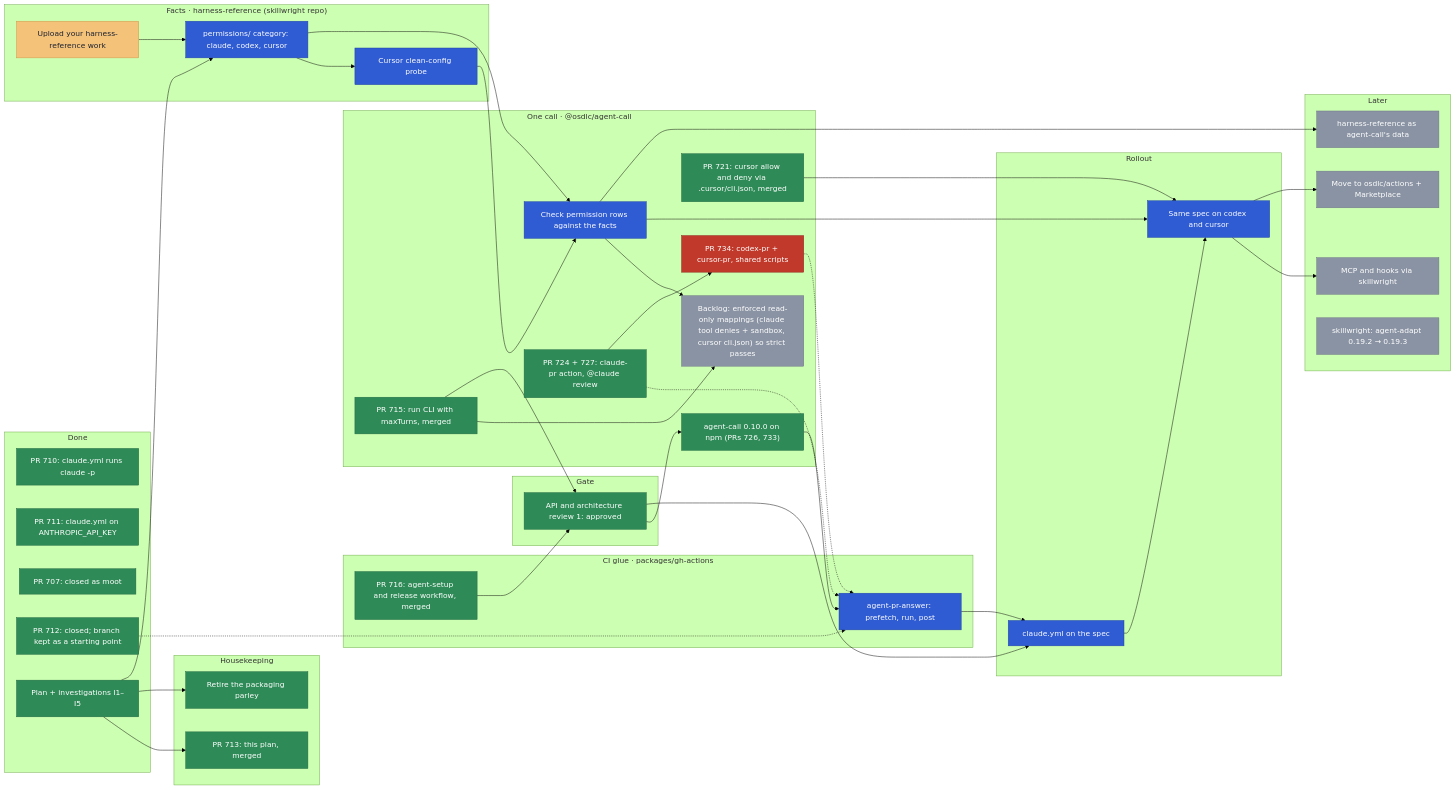
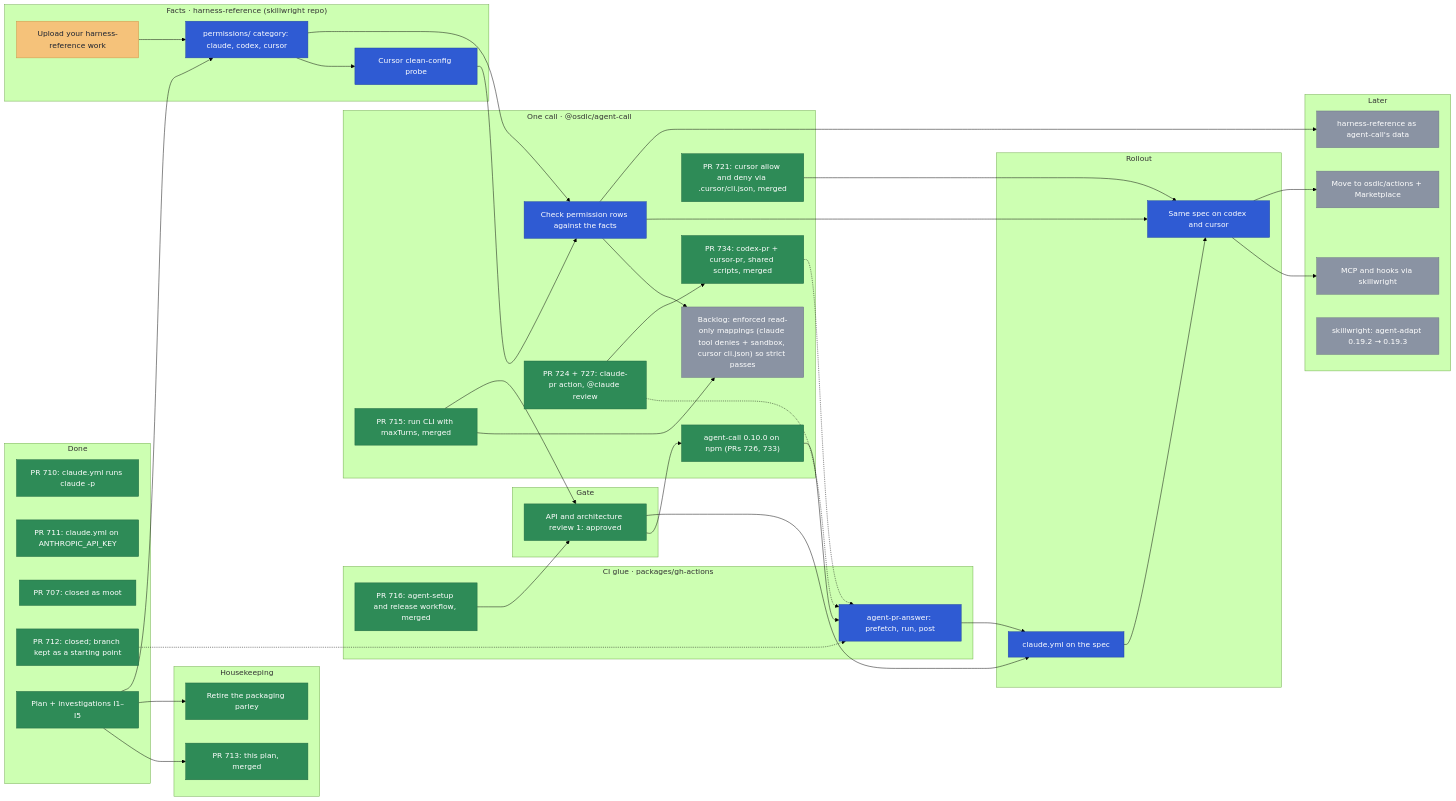
Before and after one commit to osdlc/osdlc: the diagram in docs/planning/agent-ci.md, drawn with Mermaid (forest theme). The commit also changed other lines of this file, not shown here.

Commit message:
docs(planning): PR 734 merged

```diff
--- a/docs/planning/agent-ci.md
+++ b/docs/planning/agent-ci.md
@@ -60,7 +60,7 @@
     STRICT["Backlog: enforced read-only mappings (claude tool denies + sandbox, cursor cli.json) so strict passes"]
     CUR["PR 721: cursor allow and deny via .cursor/cli.json, merged"]
     REV["PR 724 + 727: claude-pr action, @claude review"]
-    HPR["PR 734: codex-pr + cursor-pr, shared scripts"]
+    HPR["PR 734: codex-pr + cursor-pr, shared scripts, merged"]
     REL["agent-call 0.10.0 on npm (PRs 726, 733)"]
   end
   subgraph gate["Gate"]
@@ -120,7 +120,7 @@
   class UP yours
   class SETUP done
   class REV done
-  class HPR blocked
+  class HPR done
   class PERM,PROBE,CHECK,ANS,SPEC,MULTI next
   class REL done
   class CUR done
```
